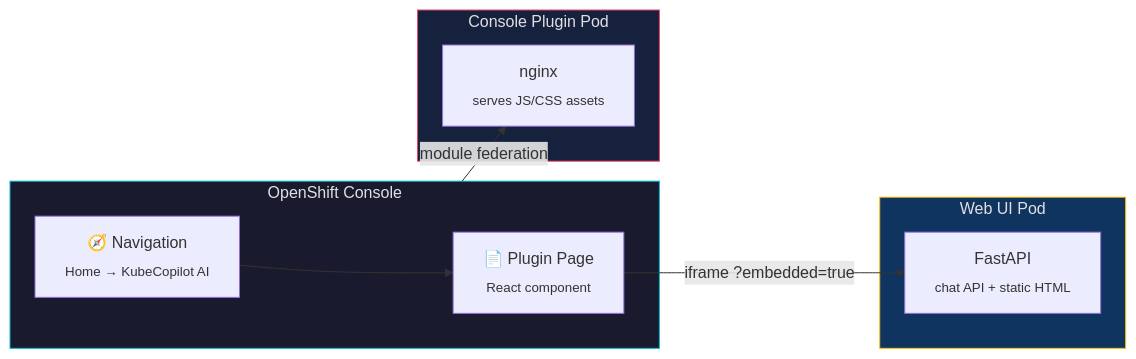
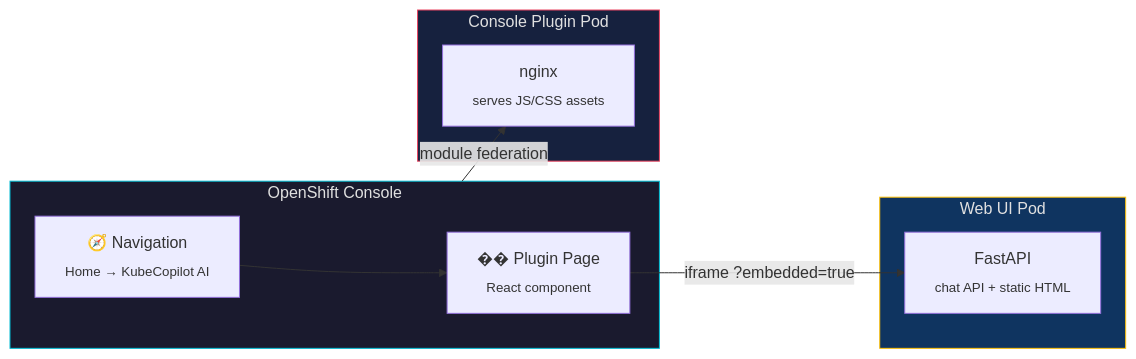
One commit to giofontana/kube-copilot-agent changed the third of 7 diagrams in README.md. Above: the diagram before and after it, drawn with Mermaid. The commit also changed other lines of this file, not shown here.

````diff
--- a/README.md
+++ b/README.md
@@ -341,23 +446,23 @@
 ```mermaid
 graph LR
     subgraph ocp["OpenShift Console"]
         nav["🧭 Navigation<br/><sub>Home → KubeCopilot AI</sub>"]
-        page["📄 Plugin Page<br/><sub>React component</sub>"]
+        page["�� Plugin Page<br/><sub>React component</sub>"]
     end
 
     subgraph plugin["Console Plugin Pod"]
         nginx["nginx<br/><sub>serves JS/CSS assets</sub>"]
     end
 
     subgraph webui["Web UI Pod"]
         fastapi["FastAPI<br/><sub>chat API + static HTML</sub>"]
     end
 
     nav --> page
     page --> |"iframe ?embedded=true"| fastapi
     ocp --> |"module federation"| nginx
 
     style ocp fill:#1a1a2e,stroke:#00bcd4,color:#e0e0e0
     style plugin fill:#16213e,stroke:#e94560,color:#e0e0e0
     style webui fill:#0f3460,stroke:#ffc107,color:#e0e0e0
 ```
````
